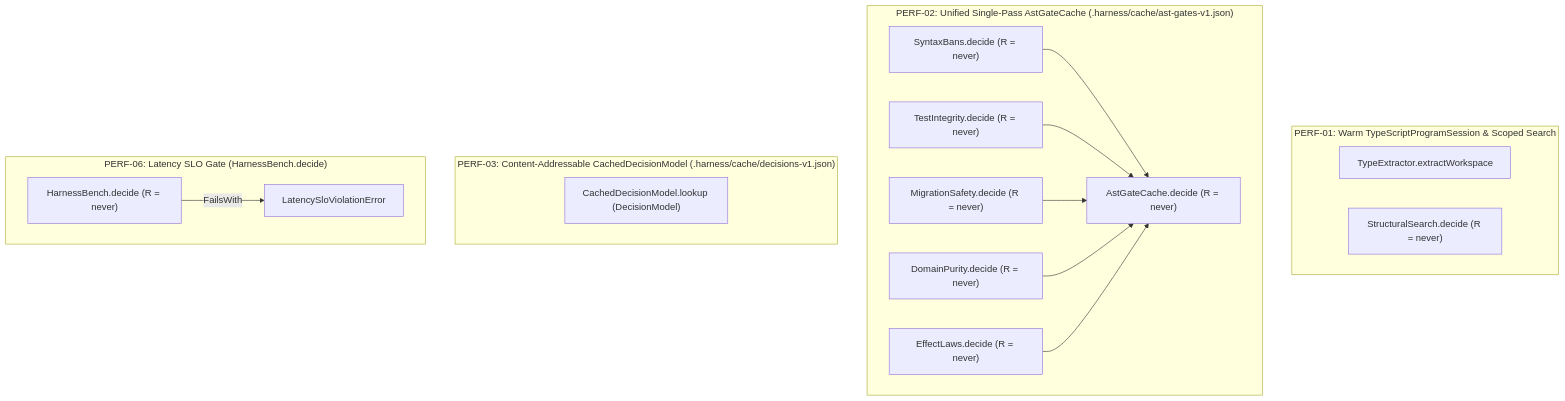
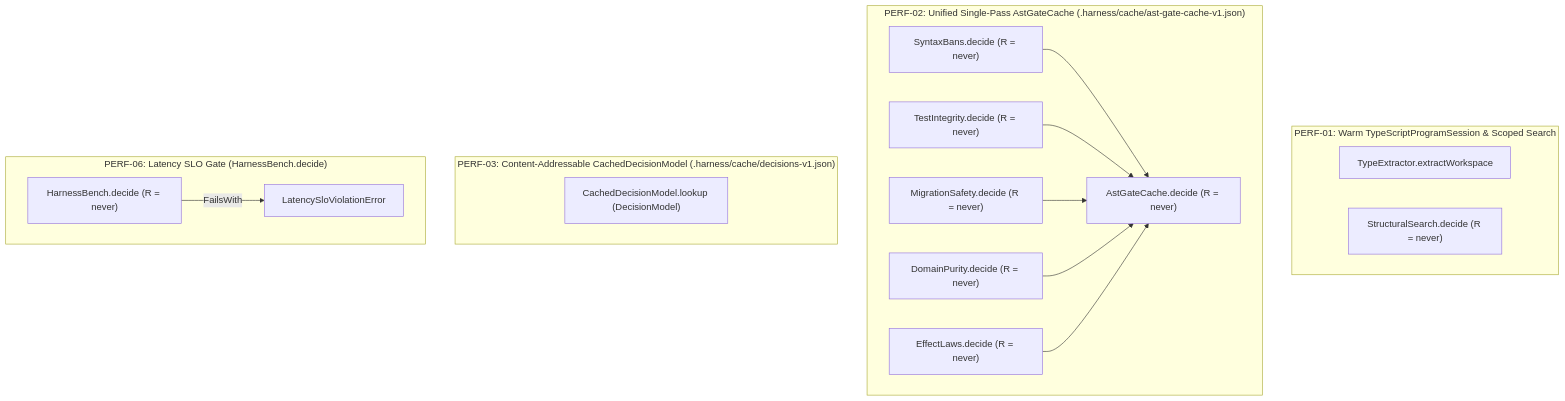
One commit to selmeci/effect-ts-harness changed the diagram in libs/harness/docs/specs/2026-11-09-sub-second-incremental-harness-and-caching.md. Above: the diagram before and after it, drawn with Mermaid. The commit also changed other lines of this file and 37 other files, not shown here.

First line of the commit message:
refactor(harness): replace manual ast-gates-vN versioning with automatic rule-source hash (#40)

````diff
--- a/libs/harness/docs/specs/2026-11-09-sub-second-incremental-harness-and-caching.md
+++ b/libs/harness/docs/specs/2026-11-09-sub-second-incremental-harness-and-caching.md
@@ -131,31 +135,31 @@
 ```mermaid
 flowchart TD
     subgraph WarmTypeExtractor["PERF-01: Warm TypeScriptProgramSession & Scoped Search"]
         ExtractWorkspace["TypeExtractor.extractWorkspace"]
         StructuralSearchDecide["StructuralSearch.decide (R = never)"]
     end
 
-    subgraph UnifiedAstGates["PERF-02: Unified Single-Pass AstGateCache (.harness/cache/ast-gates-v1.json)"]
+    subgraph UnifiedAstGates["PERF-02: Unified Single-Pass AstGateCache (.harness/cache/ast-gate-cache-v1.json)"]
         AstCacheDecide["AstGateCache.decide (R = never)"]
         SyntaxBansDecide["SyntaxBans.decide (R = never)"]
         TestIntegrityDecide["TestIntegrity.decide (R = never)"]
         MigrationSafetyDecide["MigrationSafety.decide (R = never)"]
         DomainPurityDecide["DomainPurity.decide (R = never)"]
         EffectLawsDecide["EffectLaws.decide (R = never)"]
         SyntaxBansDecide --> AstCacheDecide
         TestIntegrityDecide --> AstCacheDecide
         MigrationSafetyDecide --> AstCacheDecide
         DomainPurityDecide --> AstCacheDecide
         EffectLawsDecide --> AstCacheDecide
     end
 
     subgraph DecisionCaching["PERF-03: Content-Addressable CachedDecisionModel (.harness/cache/decisions-v1.json)"]
         CachedDecision["CachedDecisionModel.lookup (DecisionModel)"]
     end
 
     subgraph LatencySloGate["PERF-06: Latency SLO Gate (HarnessBench.decide)"]
         BenchDecide["HarnessBench.decide (R = never)"]
         LatencySloViolationError["LatencySloViolationError"]
         BenchDecide -->|FailsWith| LatencySloViolationError
     end
 ```
````
